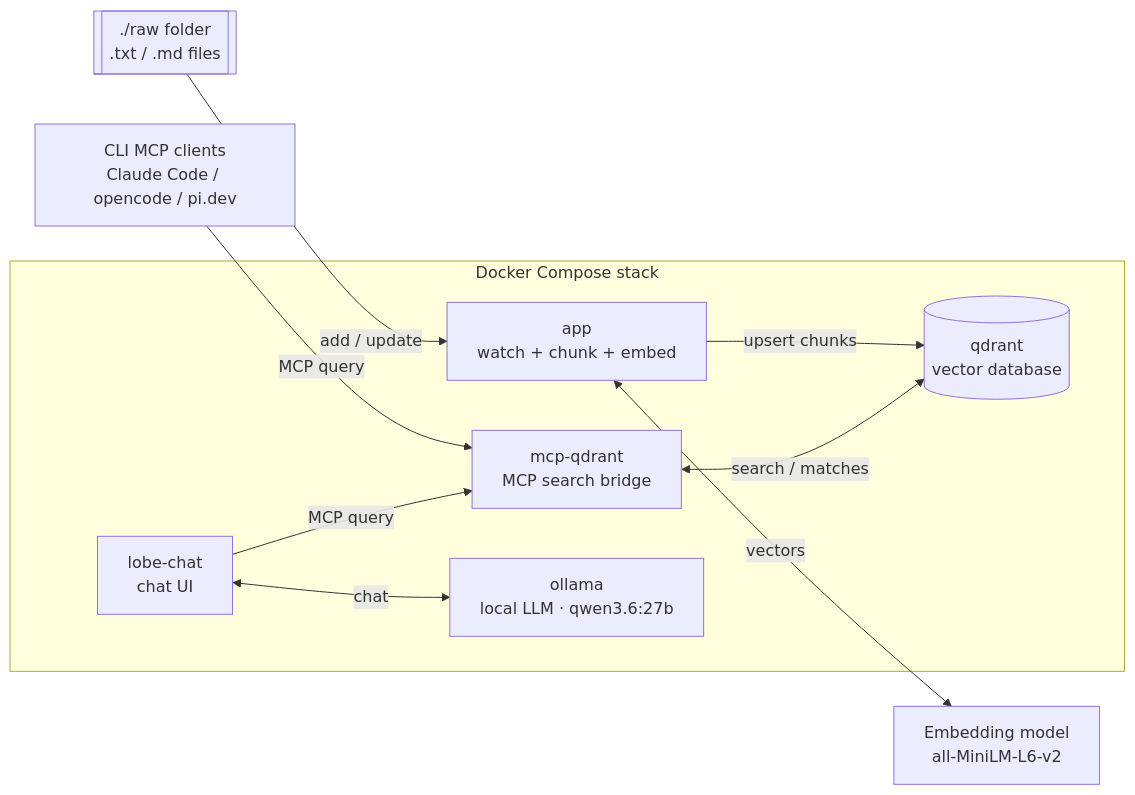
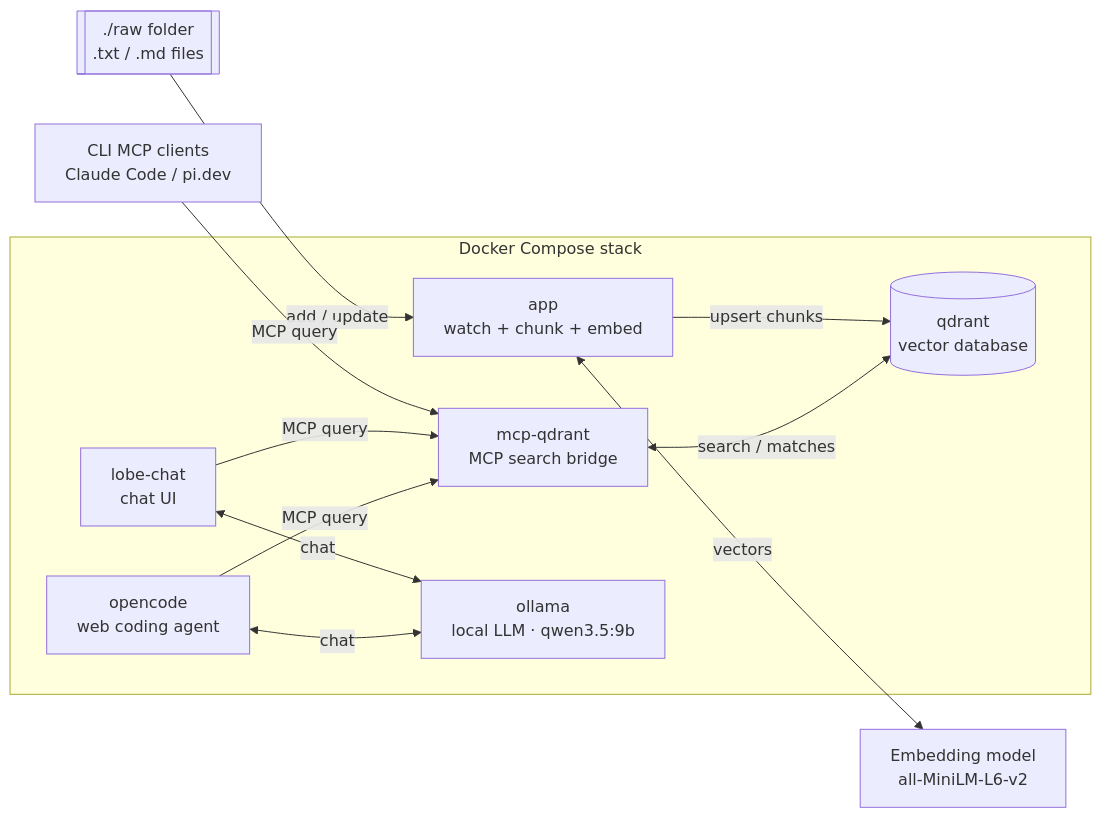
Before and after one commit to carlessanagustin/ingest-memory-rag: the first of 2 diagrams in README.md, drawn with Mermaid. The commit also changed other lines of this file and 9 other files, not shown here.

First line of the commit message:
refactor: remove OpenWebUI + mcpo; refresh README docs and system diagram (TASK-54..58)

````diff
--- a/README.md
+++ b/README.md
@@ -23,23 +23,26 @@
 ```mermaid
 flowchart LR
     raw[["./raw folder<br/>.txt / .md files"]]
-    cli["CLI MCP clients<br/>Claude Code / opencode / pi.dev"]
+    cli["CLI MCP clients<br/>Claude Code / pi.dev"]
     model["Embedding model<br/>all-MiniLM-L6-v2"]
 
     subgraph stack["Docker Compose stack"]
         app["app<br/>watch + chunk + embed"]
         qdrant[("qdrant<br/>vector database")]
         mcp["mcp-qdrant<br/>MCP search bridge"]
         lobe["lobe-chat<br/>chat UI"]
-        ollama["ollama<br/>local LLM · qwen3.6:27b"]
+        opencode["opencode<br/>web coding agent"]
+        ollama["ollama<br/>local LLM · qwen3.5:9b"]
     end
 
     raw -->|add / update| app
     app <-->|vectors| model
     app -->|upsert chunks| qdrant
 
     cli -->|MCP query| mcp
     lobe -->|MCP query| mcp
+    opencode -->|MCP query| mcp
     mcp <-->|search / matches| qdrant
     lobe <-->|chat| ollama
+    opencode <-->|chat| ollama
 ```
````
